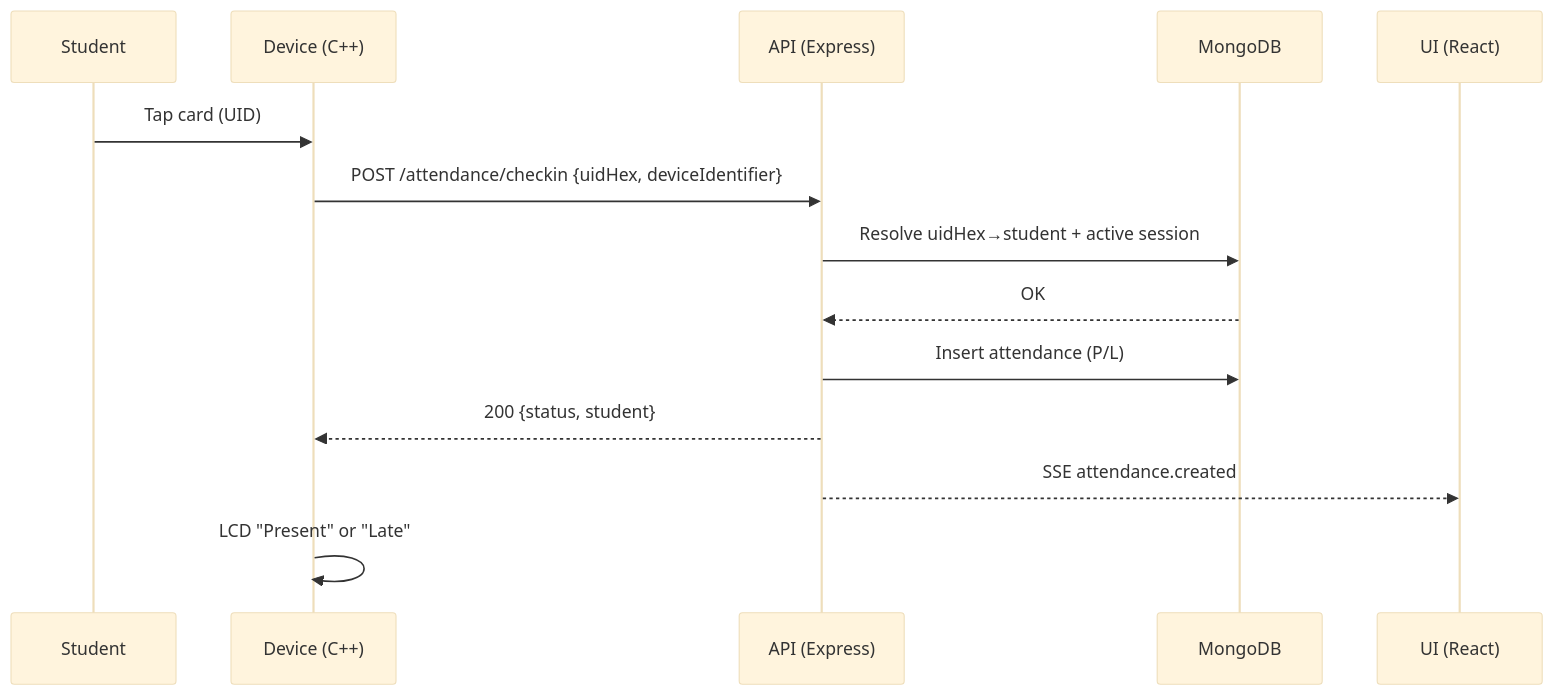
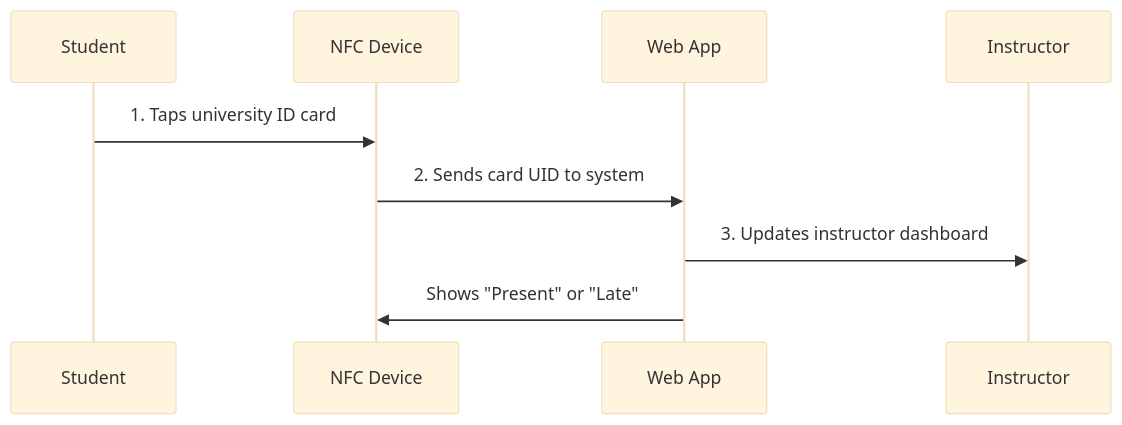
One commit to aeyvmor/NFCAttendance changed the first of 2 diagrams in README.md. Above: the diagram before and after it, drawn with Mermaid (base theme). The commit also changed other lines of this file and 1 other file, not shown here.

````diff
--- a/README.md
+++ b/README.md
@@ -551,16 +102,12 @@
 ```mermaid
 sequenceDiagram
-  participant S as Student
-  participant D as Device (C++)
-  participant A as API (Express)
-  participant M as MongoDB
-  participant U as UI (React)
-  S->>D: Tap card (UID)
-  D->>A: POST /attendance/checkin {uidHex, deviceIdentifier}
-  A->>M: Resolve uidHex→student + active session
-  M-->>A: OK
-  A->>M: Insert attendance (P/L)
-  A-->>D: 200 {status, student}
-  A-->>U: SSE attendance.created
-  D->>D: LCD "Present" or "Late"
+    participant S as Student
+    participant D as NFC Device
+    participant A as Web App
+    participant I as Instructor
+    
+    S->>D: 1. Taps university ID card
+    D->>A: 2. Sends card UID to system
+    A->>I: 3. Updates instructor dashboard
+    A->>D: Shows "Present" or "Late"
 ```
````
